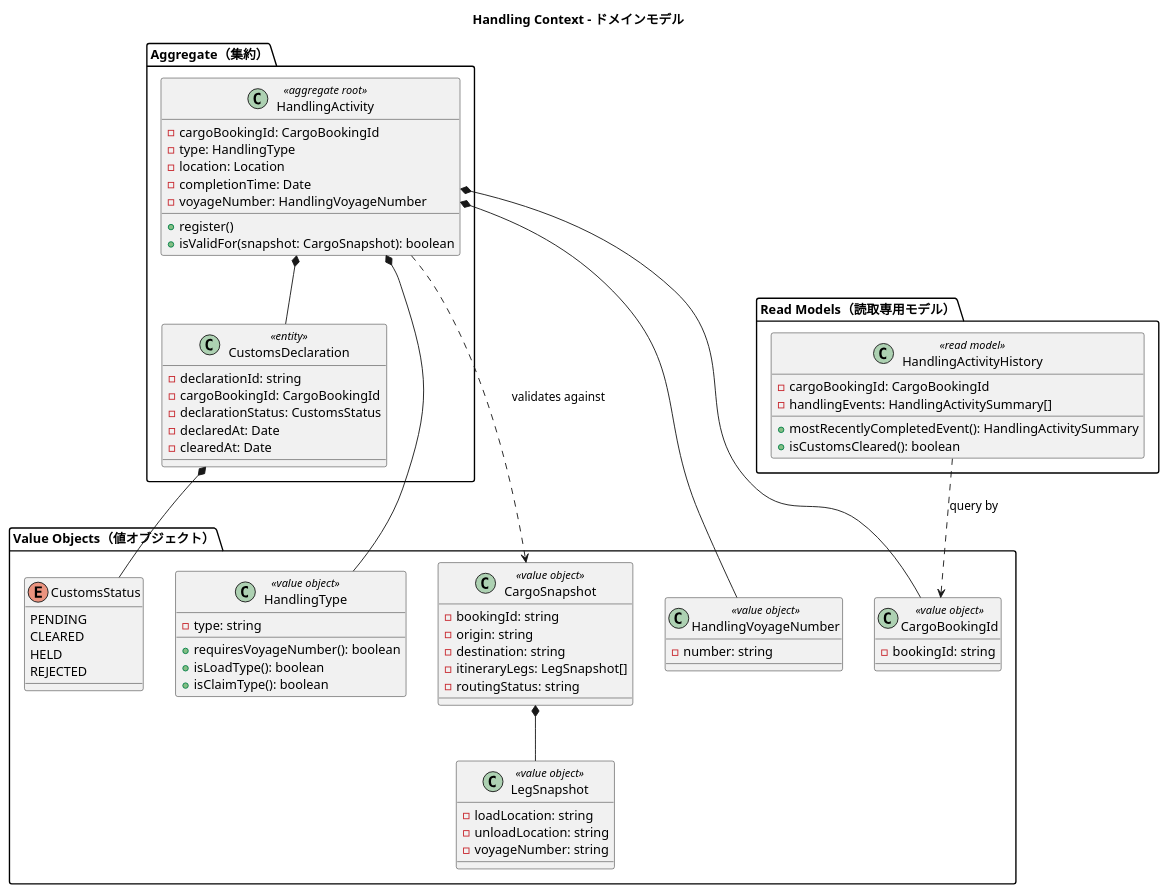
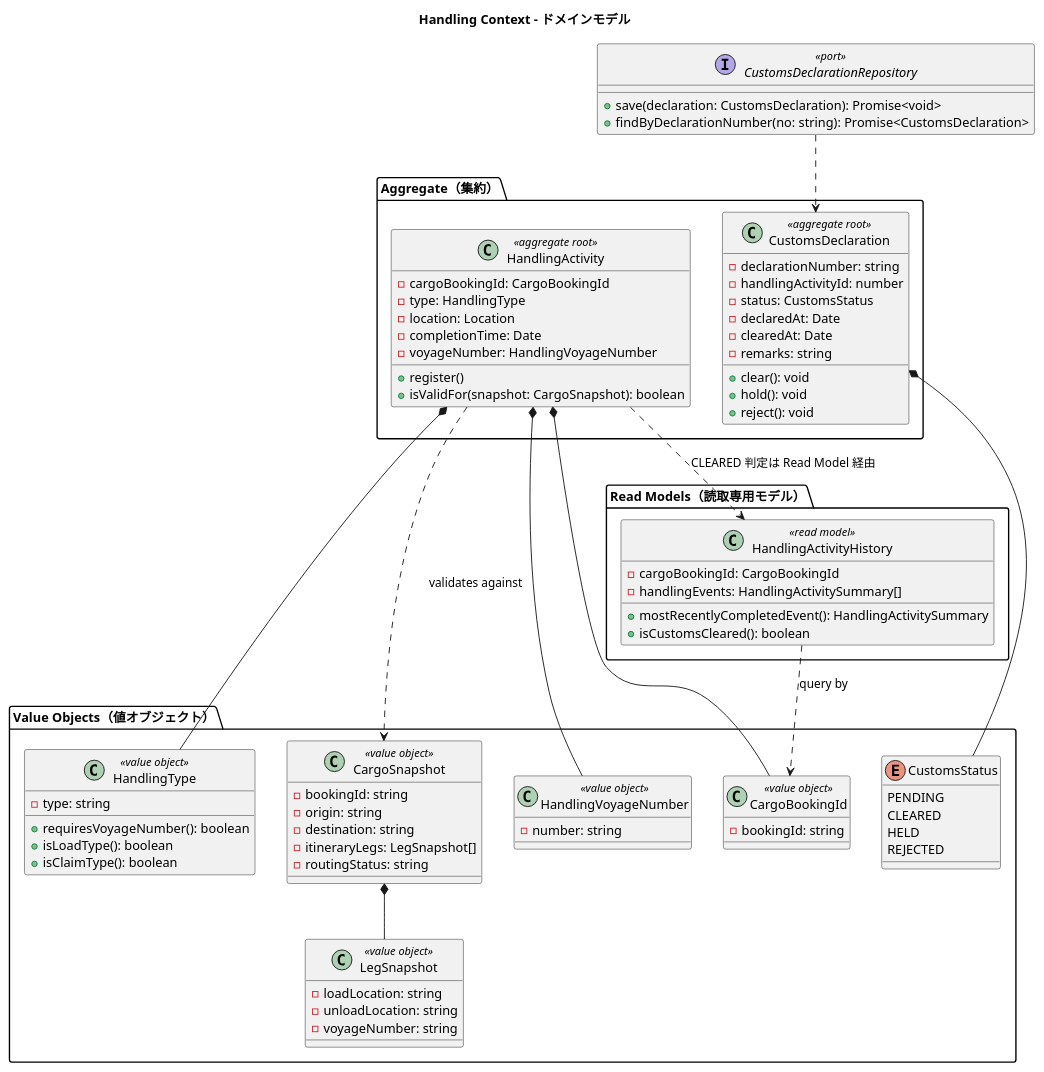
Before and after one commit to k2works/case-study-cargo-tracker: the seventh of 11 diagrams in docs/design/domain-model.md, drawn with PlantUML. The commit also changed other lines of this file and 3 other files, not shown here.

````diff
--- a/docs/design/domain-model.md
+++ b/docs/design/domain-model.md
@@ -792,12 +803,16 @@
     +register()
     +isValidFor(snapshot: CargoSnapshot): boolean
   }
-  class CustomsDeclaration <<entity>> {
-    -declarationId: string
-    -cargoBookingId: CargoBookingId
-    -declarationStatus: CustomsStatus
+  class CustomsDeclaration <<aggregate root>> {
+    -declarationNumber: string
+    -handlingActivityId: number
+    -status: CustomsStatus
     -declaredAt: Date
     -clearedAt: Date
+    -remarks: string
+    +clear(): void
+    +hold(): void
+    +reject(): void
   }
 }
 
@@ -843,14 +858,20 @@
   }
 }
 
+interface CustomsDeclarationRepository <<port>> {
+  +save(declaration: CustomsDeclaration): Promise<void>
+  +findByDeclarationNumber(no: string): Promise<CustomsDeclaration>
+}
+
 HandlingActivity *-- CargoBookingId
 HandlingActivity *-- HandlingType
 HandlingActivity *-- HandlingVoyageNumber
 HandlingActivity ..> CargoSnapshot : validates against
-HandlingActivity *-- CustomsDeclaration
 CargoSnapshot *-- LegSnapshot
 CustomsDeclaration *-- CustomsStatus
+CustomsDeclarationRepository ..> CustomsDeclaration
 HandlingActivityHistory ..> CargoBookingId : query by
+HandlingActivity ..> HandlingActivityHistory : CLEARED 判定は Read Model 経由
 
 @enduml
 ```
````
